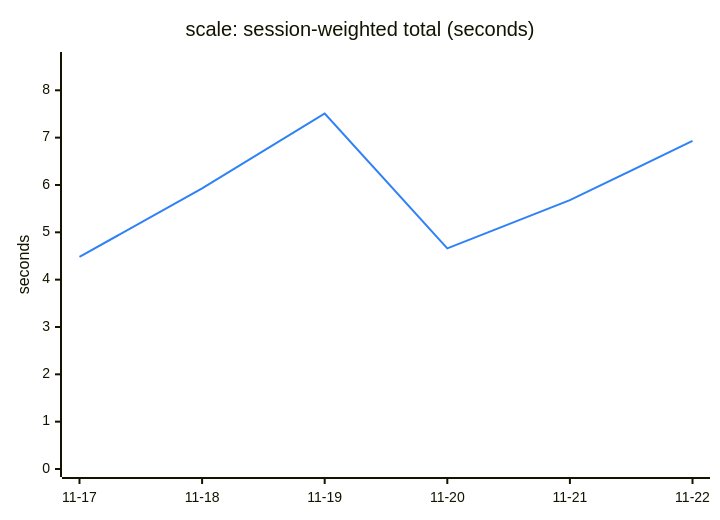
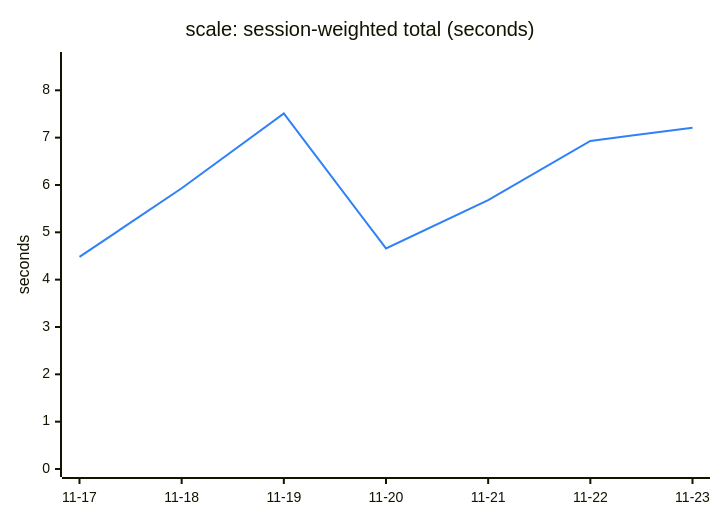
One commit to Ricovl/mxcli changed the third of 6 diagrams in TREND.md. Above: the diagram before and after it, drawn with Mermaid. The commit also changed other lines of this file and 2 other files, not shown here.

````diff
--- a/TREND.md
+++ b/TREND.md
@@ -83,13 +83,13 @@
 ```mermaid
 ---
 config:
   themeVariables:
     xyChart:
       plotColorPalette: "#2f81f7"
 ---
 xychart-beta
     title "scale: session-weighted total (seconds)"
-    x-axis ["11-17", "11-18", "11-19", "11-20", "11-21", "11-22"]
+    x-axis ["11-17", "11-18", "11-19", "11-20", "11-21", "11-22", "11-23"]
     y-axis "seconds" 0 --> 8.64
-    line [4.48, 5.93, 7.51, 4.66, 5.68, 6.93]
+    line [4.48, 5.93, 7.51, 4.66, 5.68, 6.93, 7.21]
 ```
````
